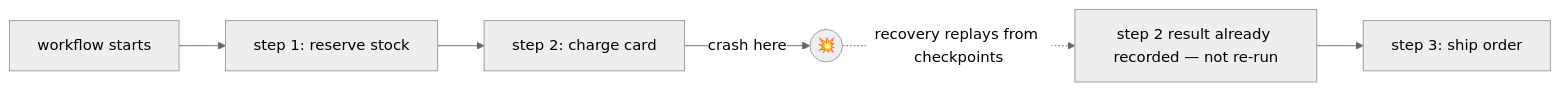
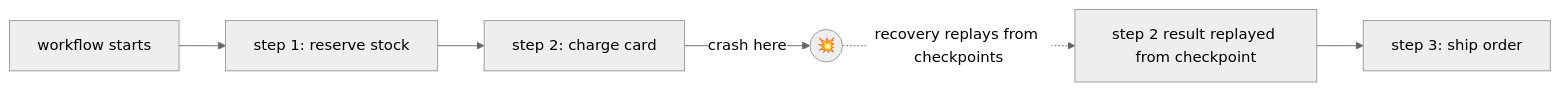
The first of 2 diagrams in README.md (mbuhot/dbos_elixir), drawn with Mermaid (neutral theme) before and after one commit. The commit also changed 32 other files, not shown here.

````diff
--- a/README.md
+++ b/README.md
@@ -12,8 +12,8 @@
 ```mermaid
 flowchart LR
     A[workflow starts] --> B[step 1: reserve stock]
     B --> C[step 2: charge card]
     C -->|crash here| X((💥))
-    X -.->|recovery replays from checkpoints| C2[step 2 result already recorded — not re-run]
+    X -.->|recovery replays from checkpoints| C2[step 2 result replayed from checkpoint]
     C2 --> D[step 3: ship order]
 ```
````
